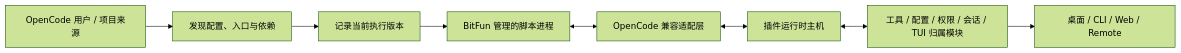
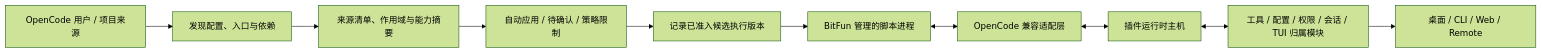
One commit to 1688mengdie/BitFun changed the second of 2 diagrams in docs/architecture/product-architecture.md. Above: the diagram before and after it, drawn with Mermaid (forest theme). The commit also changed other lines of this file and 12 other files, not shown here.

````diff
--- a/docs/architecture/product-architecture.md
+++ b/docs/architecture/product-architecture.md
@@ -169,10 +172,12 @@
 ```mermaid
 flowchart LR
   Source["OpenCode 用户 / 项目来源"] --> Discover["发现配置、入口与依赖"]
-  Discover --> Prepare["记录当前执行版本"]
+  Discover --> Catalog["来源清单、作用域与能力摘要"]
+  Catalog --> Policy["自动应用 / 待确认 / 策略限制"]
+  Policy --> Prepare["记录已准入候选执行版本"]
   Prepare --> Worker["BitFun 管理的脚本进程"]
   Worker <--> Adapter["OpenCode 兼容适配层"]
   Adapter <--> Host["插件运行时主机"]
   Host <--> Owners["工具 / 配置 / 权限 / 会话 / TUI 归属模块"]
   Owners --> Surface["桌面 / CLI / Web / Remote"]
 ```
````
